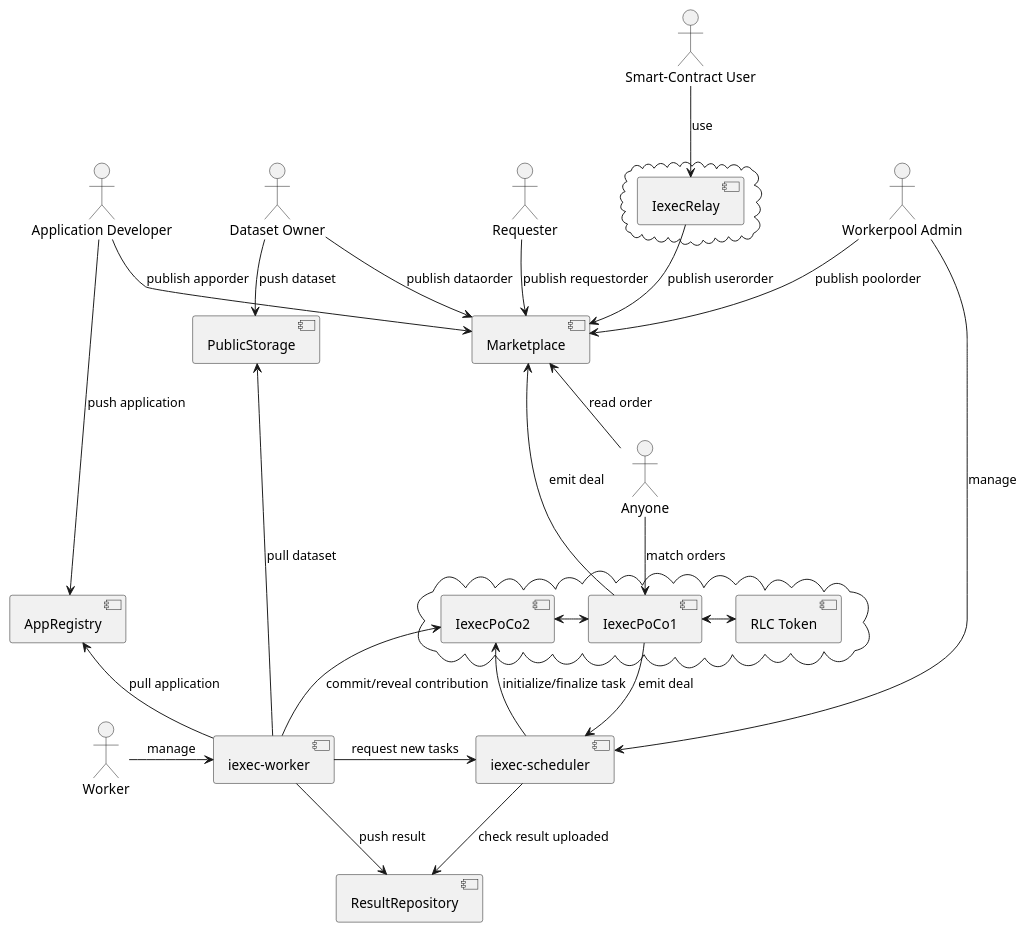
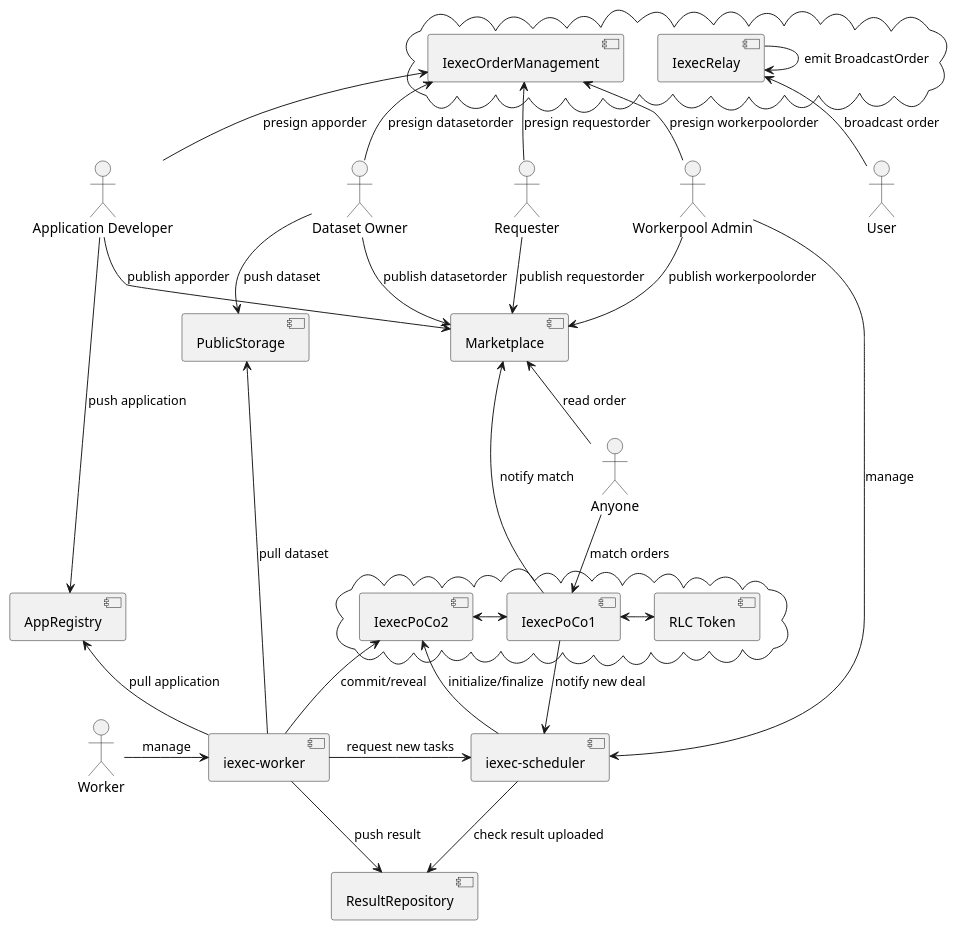
The diagram in uml/architecture-ODB.puml (iExecBlockchainComputing/PoCo), drawn with PlantUML before and after one commit. The commit also changed 1 other file, not shown here.

Commit message:
Add IexecOrderManagement

```diff
--- a/uml/architecture-ODB.puml
+++ b/uml/architecture-ODB.puml
@@ -1,50 +1,55 @@
 @startuml
-:iExecSCUser: as "Smart-Contract User"
+:iExecSCUser: as "User"
 :AppProvider: as "Application Developer"
 :DatasetProvider: as "Dataset Owner"
 :WorkerpoolAdmin: as "Workerpool Admin"
 :WorkerAdmin: as "Worker"
 :Requester:
 :Anyone:
 cloud {
     [IexecRelay]
+    [IexecOrderManagement]
 }
 component [IexecRelay]
-iExecSCUser -down-> [IexecRelay]: use
+iExecSCUser -up-> [IexecRelay]: broadcast order
 component [Marketplace]
-[IexecRelay] -down-> [Marketplace]: publish userorder
+[IexecRelay] -down-> [IexecRelay]: emit BroadcastOrder
+AppProvider -up-> [IexecOrderManagement]: presign apporder
+DatasetProvider -up-> [IexecOrderManagement]: presign datasetorder
+WorkerpoolAdmin -up-> [IexecOrderManagement]: presign workerpoolorder
+Requester -up-> [IexecOrderManagement]: presign requestorder
 AppProvider -down-> [Marketplace]: publish apporder
-DatasetProvider -down-> [Marketplace]: publish dataorder
-WorkerpoolAdmin -down-> [Marketplace]: publish poolorder
+DatasetProvider -down-> [Marketplace]: publish datasetorder
+WorkerpoolAdmin -down-> [Marketplace]: publish workerpoolorder
 Requester  -down-> [Marketplace]: publish requestorder
 Anyone -up-> [Marketplace]: read order
 cloud {
     [IexecPoCo1]
     [IexecPoCo2]
     [RLC Token]
 }
 component [IexecPoCo1]
 component [IexecPoCo2]
 component [RLC Token]
 [IexecPoCo2] <-right-> [IexecPoCo1]
 [IexecPoCo1] <-right-> [RLC Token]
 Anyone -down-> [IexecPoCo1]: match orders
-[IexecPoCo1] -up-> [Marketplace]: emit deal
-[IexecPoCo1] -up-> [iexec-scheduler]: emit deal
-[iexec-scheduler] -up-> [IexecPoCo2]: initialize/finalize task
-[iexec-worker] -up-> [IexecPoCo2]: commit/reveal contribution
+[IexecPoCo1] -up-> [Marketplace]: notify match
+[IexecPoCo1] -up-> [iexec-scheduler]: notify new deal
+[iexec-scheduler] -up-> [IexecPoCo2]: initialize/finalize
+[iexec-worker] -up-> [IexecPoCo2]: commit/reveal
 component [AppRegistry]
 component [PublicStorage]
 component [iexec-scheduler]
 component [iexec-worker]
 component [ResultRepository]
 AppProvider -down-> AppRegistry: push application
 DatasetProvider -down-> PublicStorage: push dataset
 WorkerpoolAdmin -down-> [iexec-scheduler]: manage
 [WorkerAdmin] -right-> [iexec-worker]: manage
 [iexec-worker] -right-> [iexec-scheduler]: request new tasks
 [iexec-worker] -up-> [AppRegistry]: pull application
 [iexec-worker] -up-> [PublicStorage]: pull dataset
 [iexec-worker] -down-> [ResultRepository]: push result
 [iexec-scheduler] -right-> [ResultRepository]: check result uploaded
 @enduml
```
